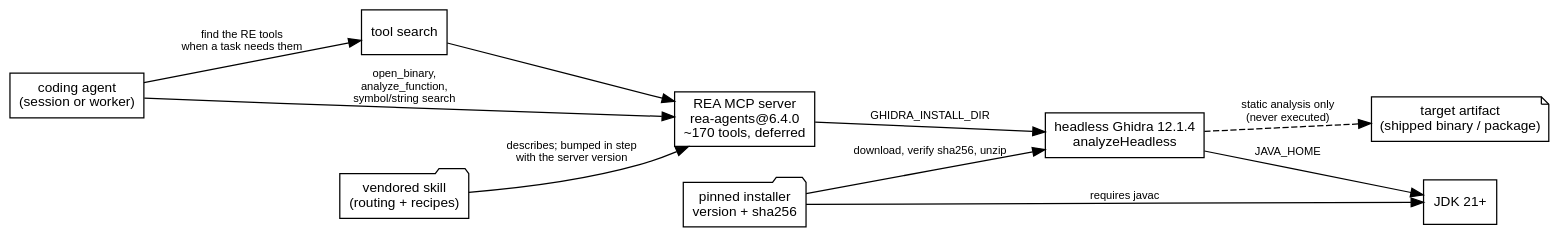
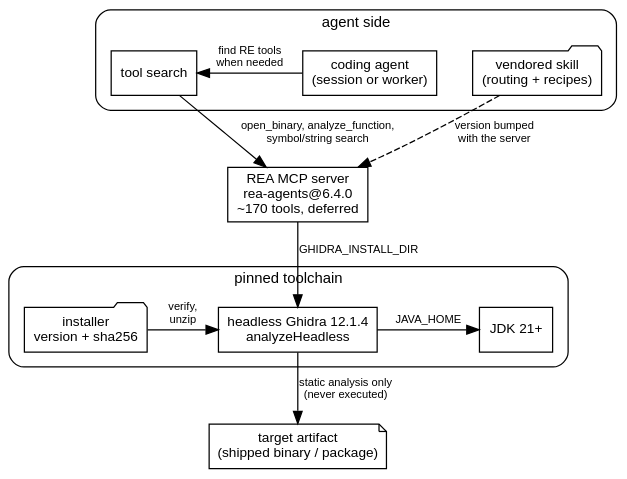
One commit to erfianugrah/lexicanum changed the first of 2 diagrams in src/content/docs/reference/agent-assisted-reverse-engineering.mdx. Above: the diagram before and after it, drawn with Graphviz. The commit also changed other lines of this file and 4 other files, not shown here.

First line of the commit message:
docs: redraw five diagrams on the agent/LLM pages after a live check

````diff
--- a/src/content/docs/reference/agent-assisted-reverse-engineering.mdx
+++ b/src/content/docs/reference/agent-assisted-reverse-engineering.mdx
@@ -28,27 +28,33 @@
 ```dot
 digraph {
-  rankdir=LR; bgcolor="transparent"; compound=true; nodesep=0.3; ranksep=0.8;
+  rankdir=TB; bgcolor="transparent"; compound=true; nodesep=0.4; ranksep=0.5;
   fontname="Helvetica,Arial,sans-serif";
   node [fontname="Helvetica,Arial,sans-serif", fontsize=11, shape=box];
   edge [fontname="Helvetica,Arial,sans-serif", fontsize=9];
 
-  agent  [label="coding agent\n(session or worker)"];
-  search [label="tool search"];
-  skill  [label="vendored skill\n(routing + recipes)", shape=folder];
-  mcp    [label="REA MCP server\nrea-agents@6.4.0\n~170 tools, deferred"];
-  install[label="pinned installer\nversion + sha256", shape=folder];
-  ghidra [label="headless Ghidra 12.1.4\nanalyzeHeadless"];
-  jdk    [label="JDK 21+"];
+  subgraph cluster_agent {
+    label="agent side"; style=rounded; fontsize=12; margin=12;
+    agent  [label="coding agent\n(session or worker)"];
+    search [label="tool search"];
+    skill  [label="vendored skill\n(routing + recipes)", shape=folder];
+    { rank=same; agent; search; skill; }
+    agent -> search [label="find RE tools\nwhen needed"];
+  }
+  mcp [label="REA MCP server\nrea-agents@6.4.0\n~170 tools, deferred"];
+  subgraph cluster_tools {
+    label="pinned toolchain"; style=rounded; fontsize=12; margin=12;
+    install [label="installer\nversion + sha256", shape=folder];
+    ghidra  [label="headless Ghidra 12.1.4\nanalyzeHeadless"];
+    jdk     [label="JDK 21+"];
+    { rank=same; install; ghidra; jdk; }
+    install -> ghidra [label="verify,\nunzip"];
+    ghidra -> jdk [label="JAVA_HOME"];
+  }
   target [label="target artifact\n(shipped binary / package)", shape=note];
 
-  agent  -> search [label="find the RE tools\nwhen a task needs them"];
-  search -> mcp;
-  agent  -> mcp    [label="open_binary,\nanalyze_function,\nsymbol/string search"];
-  skill  -> mcp    [label="describes; bumped in step\nwith the server version"];
-  mcp    -> ghidra [label="GHIDRA_INSTALL_DIR"];
-  ghidra -> jdk    [label="JAVA_HOME"];
-  install-> ghidra [label="download, verify sha256, unzip"];
-  install-> jdk    [label="requires javac"];
-  ghidra -> target [label="static analysis only\n(never executed)", style=dashed];
+  search -> mcp [label="open_binary, analyze_function,\nsymbol/string search"];
+  skill -> mcp [label="version bumped\nwith the server", style=dashed];
+  mcp -> ghidra [label="GHIDRA_INSTALL_DIR"];
+  ghidra -> target [label="static analysis only\n(never executed)"];
 }
 ```
````
